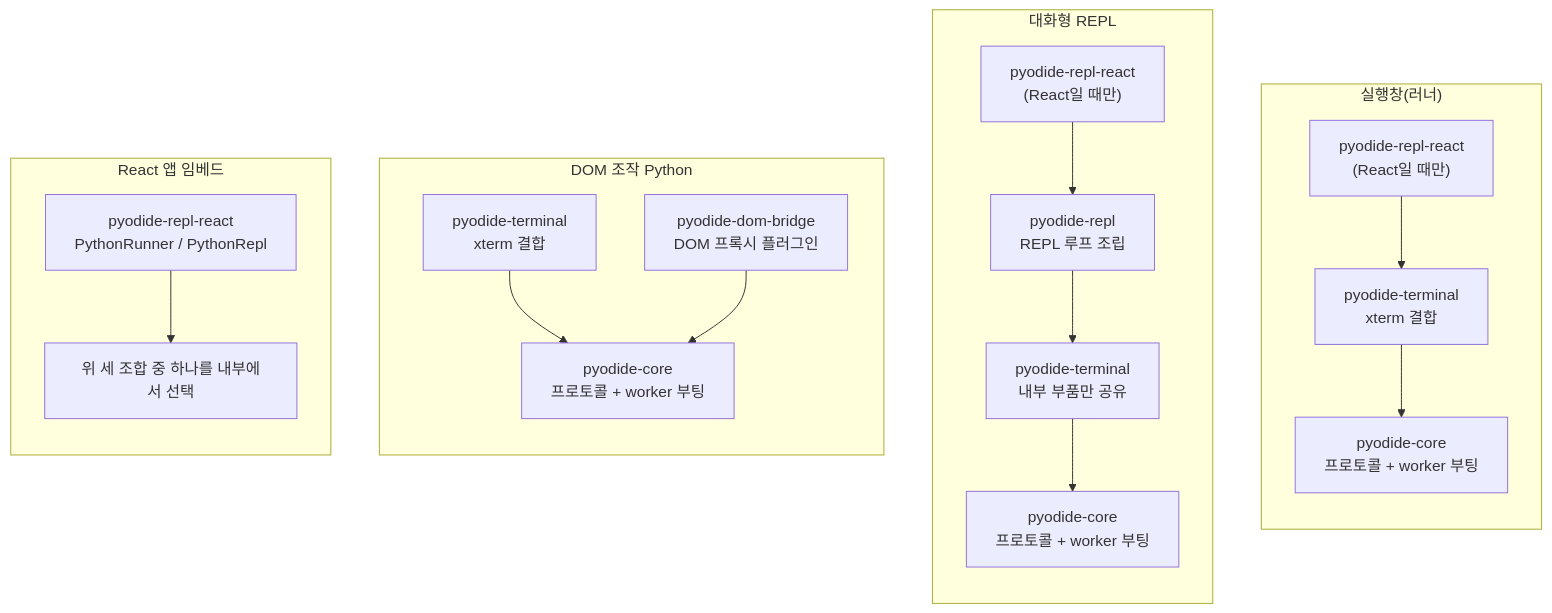
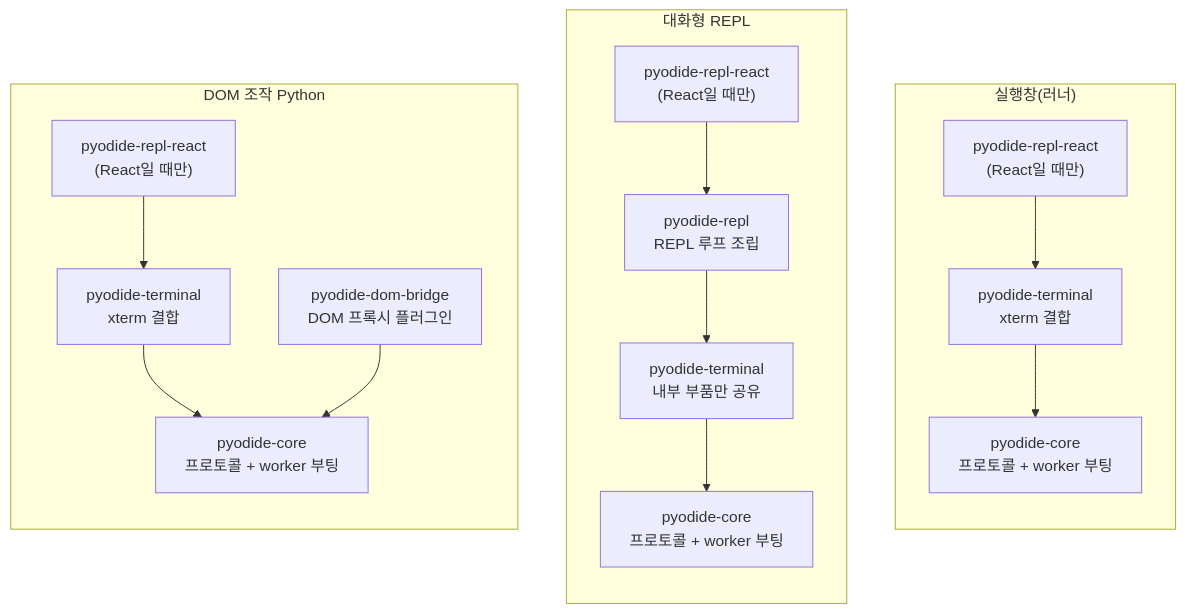
The diagram in README.md (cp949/runo-pyodide), drawn with Mermaid before and after one commit. The commit also changed other lines of this file, not shown here.

Commit message:
README 다이어그램 구조를 재검토해 수정
flowchart TB의 서브그래프(S1~S3)는 엣지로 연결되지 않아 위/아래가 아닌
좌우로 나열되므로 "위 세 조합"이라는 표현이 실제 렌더링과 맞지 않았다.

React 앱 임베드(구 S4)는 S1~S3와 나란한 네 번째 조합이 아니라 각 조합에
걸친 직교 축(React 여부)이었다. pyodide-repl-react에는 dom-bridge 참조가
없고 PythonRunner는 createWorker를 그대로 위임하므로 "내부에서 세 조합 중
하나를 고른다"는 문구는 사실과 다르다(데모 DomBridgeView.tsx가 PythonRunner
+ dom-bridge worker 조합을 그대로 씀).

S4를 지우고 S1·S2에 이미 있던 "(React일 때만)" 노드를 S3에도 추가해
구조를 통일했다.

````diff
--- a/README.md
+++ b/README.md
@@ -58,23 +58,18 @@
 ```mermaid
 flowchart TB
     subgraph S1["실행창(러너)"]
         direction TB
         A1["pyodide-repl-react<br/>(React일 때만)"] --> A2["pyodide-terminal<br/>xterm 결합"] --> A3["pyodide-core<br/>프로토콜 + worker 부팅"]
     end
 
     subgraph S2["대화형 REPL"]
         direction TB
         B1["pyodide-repl-react<br/>(React일 때만)"] --> B2["pyodide-repl<br/>REPL 루프 조립"] --> B3["pyodide-terminal<br/>내부 부품만 공유"] --> B4["pyodide-core<br/>프로토콜 + worker 부팅"]
     end
 
     subgraph S3["DOM 조작 Python"]
         direction TB
-        C1["pyodide-terminal<br/>xterm 결합"] --> C2["pyodide-core<br/>프로토콜 + worker 부팅"]
-        C3["pyodide-dom-bridge<br/>DOM 프록시 플러그인"] --> C2
-    end
-
-    subgraph S4["React 앱 임베드"]
-        direction TB
-        D1["pyodide-repl-react<br/>PythonRunner / PythonRepl"] --> D2["위 세 조합 중 하나를 내부에서 선택"]
+        C1["pyodide-repl-react<br/>(React일 때만)"] --> C2["pyodide-terminal<br/>xterm 결합"] --> C3["pyodide-core<br/>프로토콜 + worker 부팅"]
+        C4["pyodide-dom-bridge<br/>DOM 프록시 플러그인"] --> C3
     end
 ```
````
